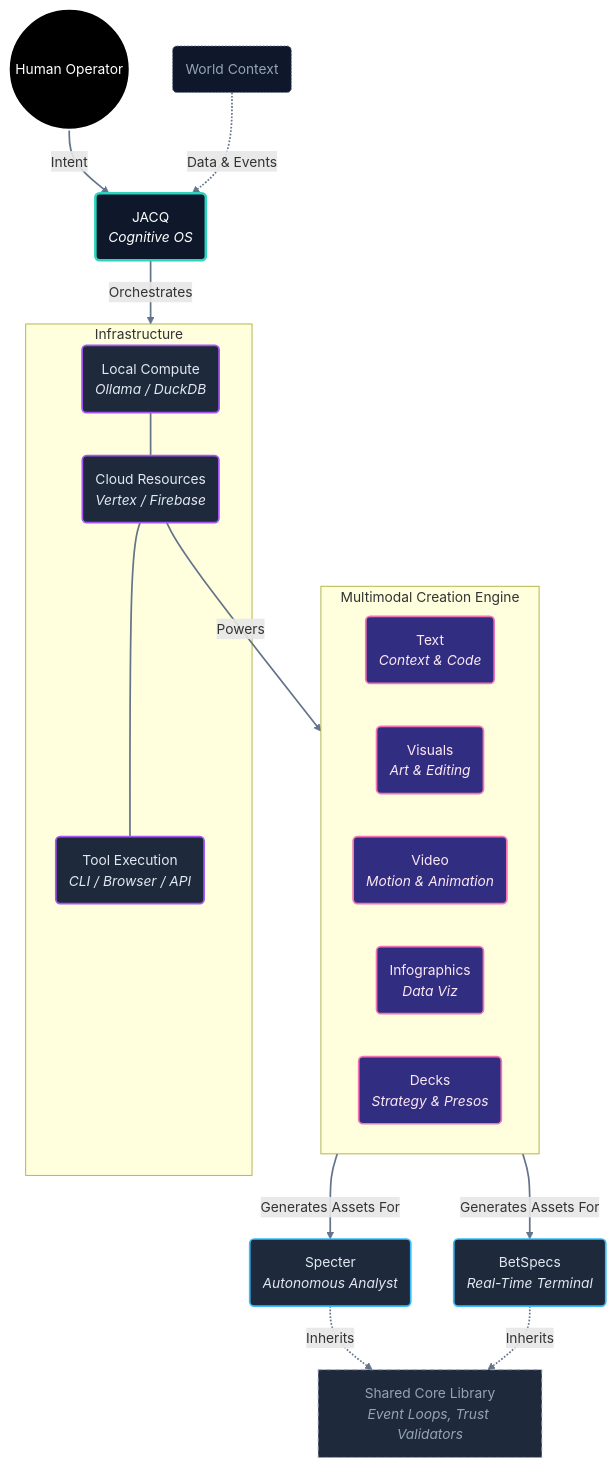
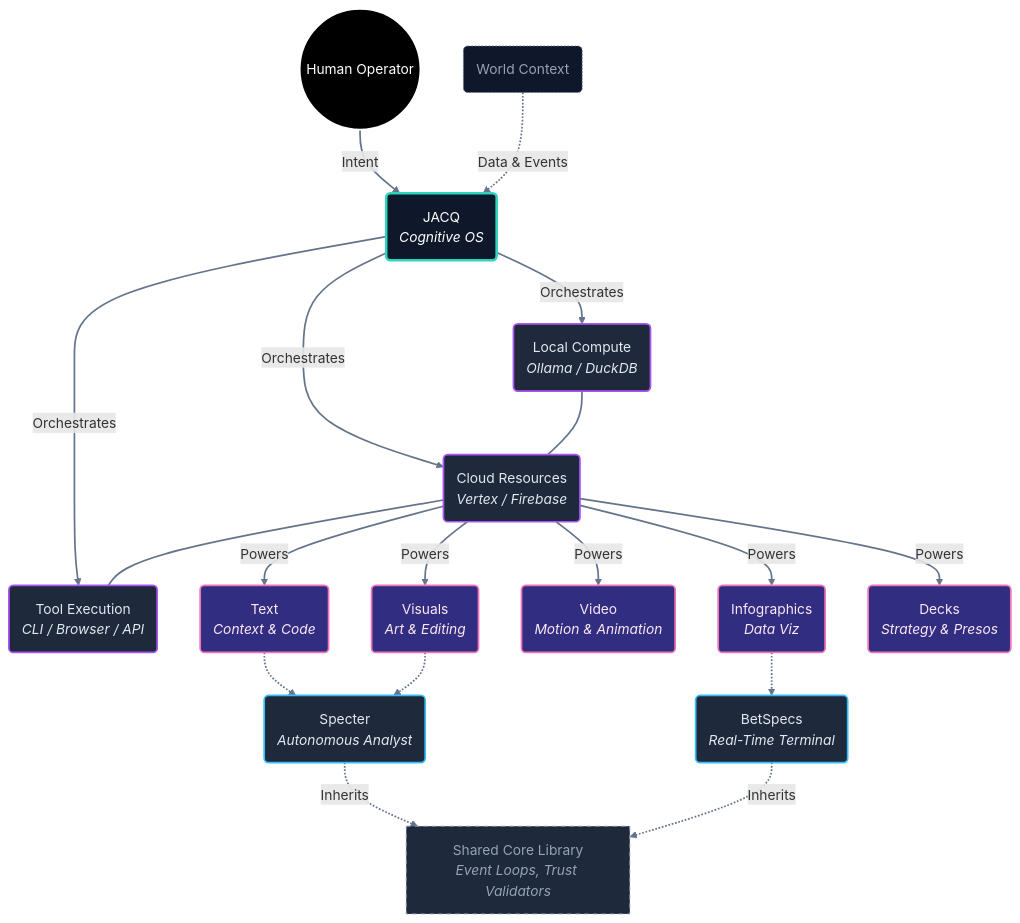
The diagram in assets/portfolio_ecosystem.mmd (shifujosh/shifujosh), drawn with Mermaid before and after one commit. The commit also changed 1 other file, not shown here.

Commit message:
style: update portfolio diagram (round 5 - remove subgraphs)

```diff
--- a/assets/portfolio_ecosystem.mmd
+++ b/assets/portfolio_ecosystem.mmd
@@ -1,61 +1,67 @@
 graph TD
     %% Styling - Minimalist Dark Mode with Frontier Accents
     classDef hub fill:#0f172a,stroke:#2dd4bf,stroke-width:3px,color:#fff;
     classDef app fill:#1e293b,stroke:#38bdf8,stroke-width:2px,color:#e2e8f0;
     classDef infra fill:#1e293b,stroke:#a855f7,stroke-width:2px,color:#e2e8f0;
     classDef shared fill:#1e293b,stroke:#94a3b8,stroke-width:1px,stroke-dasharray: 5 5,color:#94a3b8;
     classDef actor fill:#000000,stroke:#fff,stroke-width:2px,color:#fff;
     classDef input fill:#0f172a,stroke:#64748b,stroke-width:1px,color:#94a3b8,stroke-dasharray: 2 2;
     
     %% Frontier Capabilities Styling (Gradient-like emphasis)
     classDef frontier fill:#312e81,stroke:#f472b6,stroke-width:2px,color:#fce7f3;
 
     %% 1. Inputs - Top Level
     User((Human Operator)):::actor
     World(World Context):::input
 
     %% 2. The Core
     JACQ(JACQ <br/><i>Cognitive OS</i>):::hub
 
-    %% 3. Infrastructure Layer (Orchestration)
-    subgraph Infrastructure
-        Local(Local Compute<br/><i>Ollama / DuckDB</i>):::infra
-        Cloud(Cloud Resources<br/><i>Vertex / Firebase</i>):::infra
-        Tools(Tool Execution<br/><i>CLI / Browser / API</i>):::infra
-    end
+    %% 3. Infrastructure Layer (Orchestration) - No Subgraph
+    Local(Local Compute<br/><i>Ollama / DuckDB</i>):::infra
+    Cloud(Cloud Resources<br/><i>Vertex / Firebase</i>):::infra
+    Tools(Tool Execution<br/><i>CLI / Browser / API</i>):::infra
 
-    %% 4. Multimodal Output Engine (Frontier Capabilities)
-    subgraph Capabilities [Multimodal Creation Engine]
-        Text(Text<br/><i>Context & Code</i>):::frontier
-        Visuals(Visuals<br/><i>Art & Editing</i>):::frontier
-        Video(Video<br/><i>Motion & Animation</i>):::frontier
-        Info(Infographics<br/><i>Data Viz</i>):::frontier
-        Slides(Decks<br/><i>Strategy & Presos</i>):::frontier
-    end
+    %% 4. Multimodal Output Engine (Frontier Capabilities) - No Subgraph
+    Text(Text<br/><i>Context & Code</i>):::frontier
+    Visuals(Visuals<br/><i>Art & Editing</i>):::frontier
+    Video(Video<br/><i>Motion & Animation</i>):::frontier
+    Info(Infographics<br/><i>Data Viz</i>):::frontier
+    Slides(Decks<br/><i>Strategy & Presos</i>):::frontier
 
     %% 5. The App Federation (Deployment)
     Specter(Specter<br/><i>Autonomous Analyst</i>):::app
     BetSpecs(BetSpecs<br/><i>Real-Time Terminal</i>):::app
     
     %% 6. DNA
     Patterns[Shared Core Library<br/><i>Event Loops, Trust Validators</i>]:::shared
 
     %% Connection Logic - Vertical Flow
     User ==>|Intent| JACQ
     World -.->|Data & Events| JACQ
     
-    JACQ ==>|Orchestrates| Infrastructure
+    JACQ ==>|Orchestrates| Local
+    JACQ ==>|Orchestrates| Cloud
+    JACQ ==>|Orchestrates| Tools
     
-    Local --- Cloud --- Tools
+    %% Visual Grouping via invisible links or order
+    Local ~~~ Cloud ~~~ Tools
     
     %% Frontier Power
-    Cloud ==>|Powers| Capabilities
+    Cloud ==>|Powers| Text
+    Cloud ==>|Powers| Visuals
+    Cloud ==>|Powers| Video
+    Cloud ==>|Powers| Info
+    Cloud ==>|Powers| Slides
     
-    Capabilities ==>|Generates Assets For| Specter
-    Capabilities ==>|Generates Assets For| BetSpecs
+    %% Outputs feeding Apps
+    Text -.-> Specter
+    Visuals -.-> Specter
+    Info -.-> BetSpecs
     
+    %% Patterns
     Specter -.->|Inherits| Patterns
     BetSpecs -.->|Inherits| Patterns
 
     %% Layout - Explicit Link Styling
     linkStyle default stroke-width:2px,fill:none,stroke:#64748b
```
